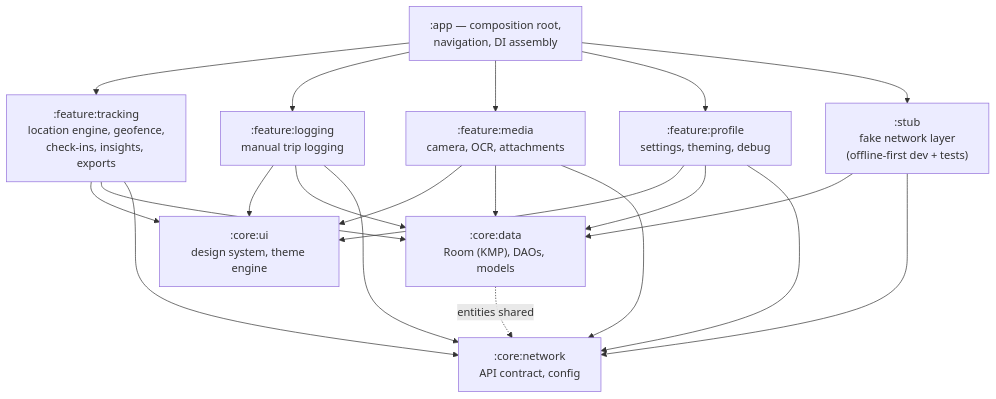
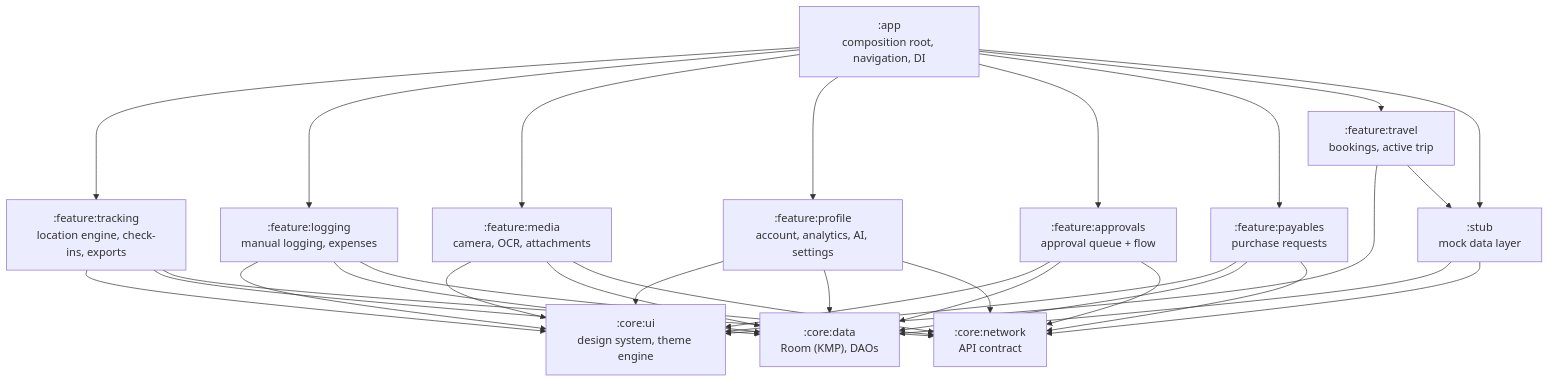
One commit to darkpandawarrior/Mileway changed the diagram in README.md. Above: the diagram before and after it, drawn with Mermaid. The commit also changed other lines of this file, not shown here.

Commit message:
docs: update README with full feature list and module dependency map

````diff
--- a/README.md
+++ b/README.md
@@ -32,20 +108,20 @@
 ```mermaid
 graph TD
-    APP[":app — composition root,<br/>navigation, DI assembly"]
-    TRACK[":feature:tracking<br/>location engine, geofence,<br/>check-ins, insights, exports"]
-    LOGGING[":feature:logging<br/>manual trip logging"]
+    APP[":app<br/>composition root, navigation, DI"]
+    TRACK[":feature:tracking<br/>location engine, check-ins, exports"]
+    LOGGING[":feature:logging<br/>manual logging, expenses"]
     MEDIA[":feature:media<br/>camera, OCR, attachments"]
-    PROFILE[":feature:profile<br/>settings, theming, debug"]
+    PROFILE[":feature:profile<br/>account, analytics, AI, settings"]
+    APPROVALS[":feature:approvals<br/>approval queue + flow"]
+    PAYABLES[":feature:payables<br/>purchase requests"]
+    TRAVEL[":feature:travel<br/>bookings, active trip"]
     UI[":core:ui<br/>design system, theme engine"]
-    DATA[":core:data<br/>Room (KMP), DAOs, models"]
-    NET[":core:network<br/>API contract, config"]
-    STUB[":stub<br/>fake network layer<br/>(offline-first dev + tests)"]
+    DATA[":core:data<br/>Room (KMP), DAOs"]
+    NET[":core:network<br/>API contract"]
+    STUB[":stub<br/>mock data layer"]
 
-    APP --> TRACK & LOGGING & MEDIA & PROFILE & STUB
-    TRACK --> UI & DATA & NET
-    LOGGING --> UI & DATA & NET
-    MEDIA --> UI & DATA & NET
-    PROFILE --> UI & DATA & NET
+    APP --> TRACK & LOGGING & MEDIA & PROFILE & APPROVALS & PAYABLES & TRAVEL & STUB
+    TRACK & LOGGING & MEDIA & PROFILE & APPROVALS & PAYABLES --> UI & DATA & NET
+    TRAVEL --> UI & STUB
     STUB --> DATA & NET
-    DATA -.->|entities shared| NET
 ```
````
